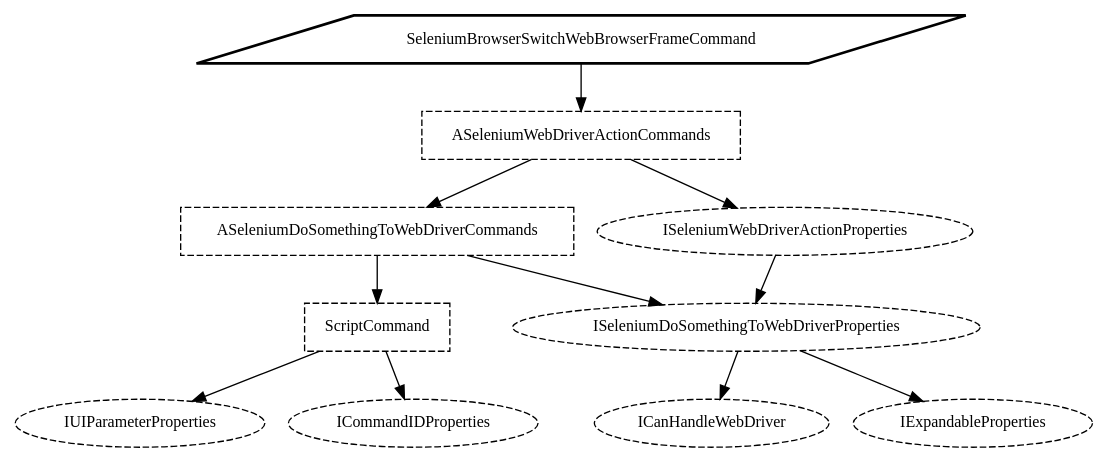
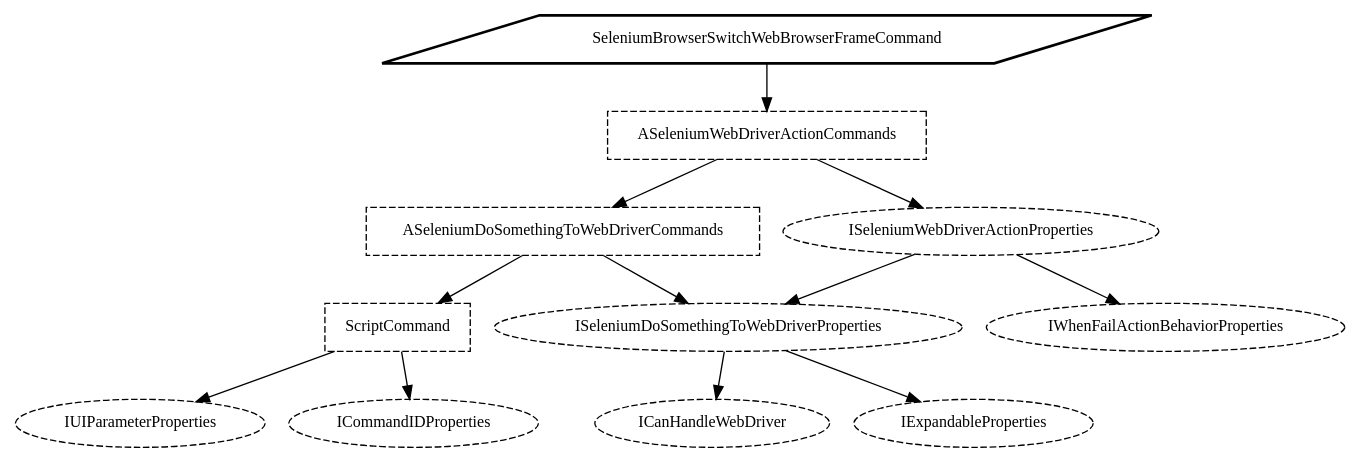
One commit to saucepleez/taskt changed the diagram in taskt/Core/Automation/Commands/WebBrowserGroup/SeleniumBrowserSwitchWebBrowserFrameCommand.dot. Above: the diagram before and after it, drawn with Graphviz. The commit also changed 106 other files, not shown here.

```diff
--- a/taskt/Core/Automation/Commands/WebBrowserGroup/SeleniumBrowserSwitchWebBrowserFrameCommand.dot
+++ b/taskt/Core/Automation/Commands/WebBrowserGroup/SeleniumBrowserSwitchWebBrowserFrameCommand.dot
@@ -1,30 +1,32 @@
 digraph "taskt.Core.Automation.Commands.SeleniumBrowserSwitchWebBrowserFrameCommand" {
     rankdir="TB";
     node [
         shape="box",
         fontname="Meiryo UI",
         fontsize="12pt"
     ];
 
 "taskt.Core.Automation.Commands.SeleniumBrowserSwitchWebBrowserFrameCommand" [ label="SeleniumBrowserSwitchWebBrowserFrameCommand", shape="parallelogram", style="bold", ];
 "taskt.Core.Automation.Commands.WebBrowserGroup.ASeleniumWebDriverActionCommands" [ label="ASeleniumWebDriverActionCommands", style="dashed", ];
 "taskt.Core.Automation.Commands.WebBrowserGroup.ASeleniumDoSomethingToWebDriverCommands" [ label="ASeleniumDoSomethingToWebDriverCommands", style="dashed", ];
 "taskt.Core.Automation.Commands.WebBrowserGroup.ISeleniumWebDriverActionProperties" [ label="ISeleniumWebDriverActionProperties", shape="ellipse", style="dashed", ];
 "taskt.Core.Automation.Commands.ScriptCommand" [ label="ScriptCommand", style="dashed", ];
 "taskt.Core.Automation.Commands.WebBrowserGroup.ISeleniumDoSomethingToWebDriverProperties" [ label="ISeleniumDoSomethingToWebDriverProperties", shape="ellipse", style="dashed", ];
+"taskt.Core.Automation.Commands.IWhenFailActionBehaviorProperties" [ label="IWhenFailActionBehaviorProperties", shape="ellipse", style="dashed", ];
 "taskt.Core.Automation.Commands.IUIParameterProperties" [ label="IUIParameterProperties", shape="ellipse", style="dashed", ];
 "taskt.Core.Automation.Commands.ICommandIDProperties" [ label="ICommandIDProperties", shape="ellipse", style="dashed", ];
 "taskt.Core.Automation.Commands.WebBrowserGroup.ICanHandleWebDriver" [ label="ICanHandleWebDriver", shape="ellipse", style="dashed", ];
 "taskt.Core.Automation.Commands.IExpandableProperties" [ label="IExpandableProperties", shape="ellipse", style="dashed", ];
 
 "taskt.Core.Automation.Commands.SeleniumBrowserSwitchWebBrowserFrameCommand" -> "taskt.Core.Automation.Commands.WebBrowserGroup.ASeleniumWebDriverActionCommands";
 "taskt.Core.Automation.Commands.WebBrowserGroup.ASeleniumWebDriverActionCommands" -> "taskt.Core.Automation.Commands.WebBrowserGroup.ASeleniumDoSomethingToWebDriverCommands";
 "taskt.Core.Automation.Commands.WebBrowserGroup.ASeleniumWebDriverActionCommands" -> "taskt.Core.Automation.Commands.WebBrowserGroup.ISeleniumWebDriverActionProperties";
 "taskt.Core.Automation.Commands.WebBrowserGroup.ASeleniumDoSomethingToWebDriverCommands" -> "taskt.Core.Automation.Commands.ScriptCommand";
 "taskt.Core.Automation.Commands.WebBrowserGroup.ASeleniumDoSomethingToWebDriverCommands" -> "taskt.Core.Automation.Commands.WebBrowserGroup.ISeleniumDoSomethingToWebDriverProperties";
 "taskt.Core.Automation.Commands.WebBrowserGroup.ISeleniumWebDriverActionProperties" -> "taskt.Core.Automation.Commands.WebBrowserGroup.ISeleniumDoSomethingToWebDriverProperties";
+"taskt.Core.Automation.Commands.WebBrowserGroup.ISeleniumWebDriverActionProperties" -> "taskt.Core.Automation.Commands.IWhenFailActionBehaviorProperties";
 "taskt.Core.Automation.Commands.ScriptCommand" -> "taskt.Core.Automation.Commands.IUIParameterProperties";
 "taskt.Core.Automation.Commands.ScriptCommand" -> "taskt.Core.Automation.Commands.ICommandIDProperties";
 "taskt.Core.Automation.Commands.WebBrowserGroup.ISeleniumDoSomethingToWebDriverProperties" -> "taskt.Core.Automation.Commands.WebBrowserGroup.ICanHandleWebDriver";
 "taskt.Core.Automation.Commands.WebBrowserGroup.ISeleniumDoSomethingToWebDriverProperties" -> "taskt.Core.Automation.Commands.IExpandableProperties";
 }
```
